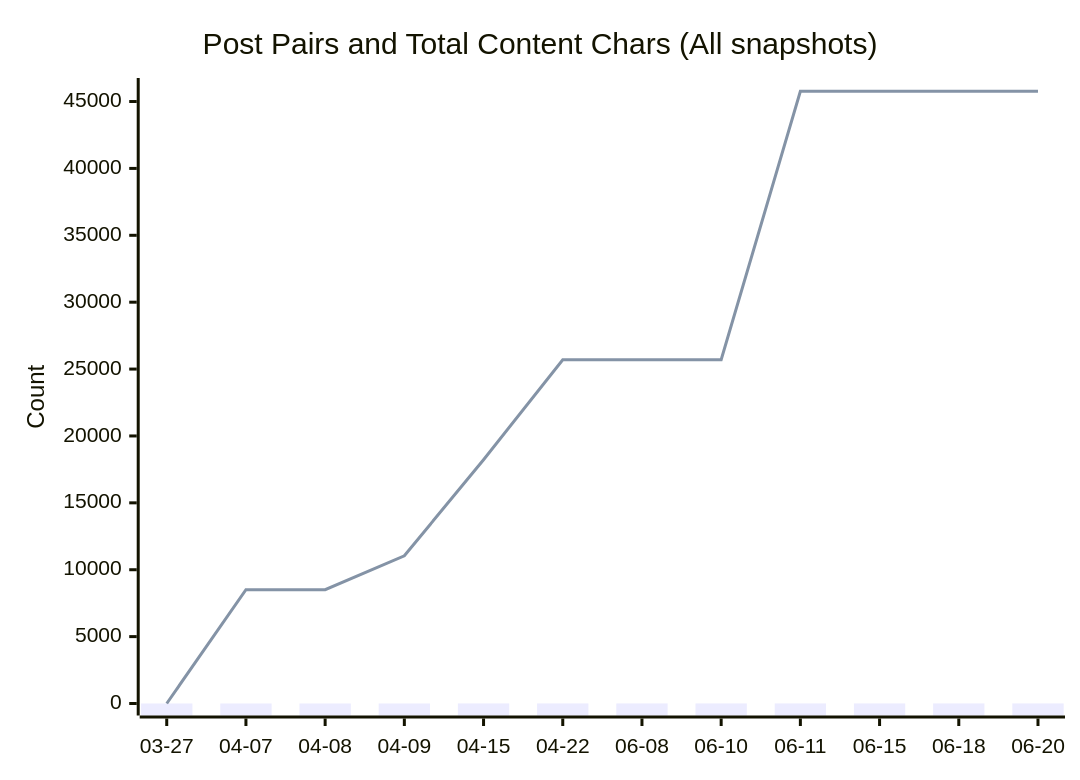
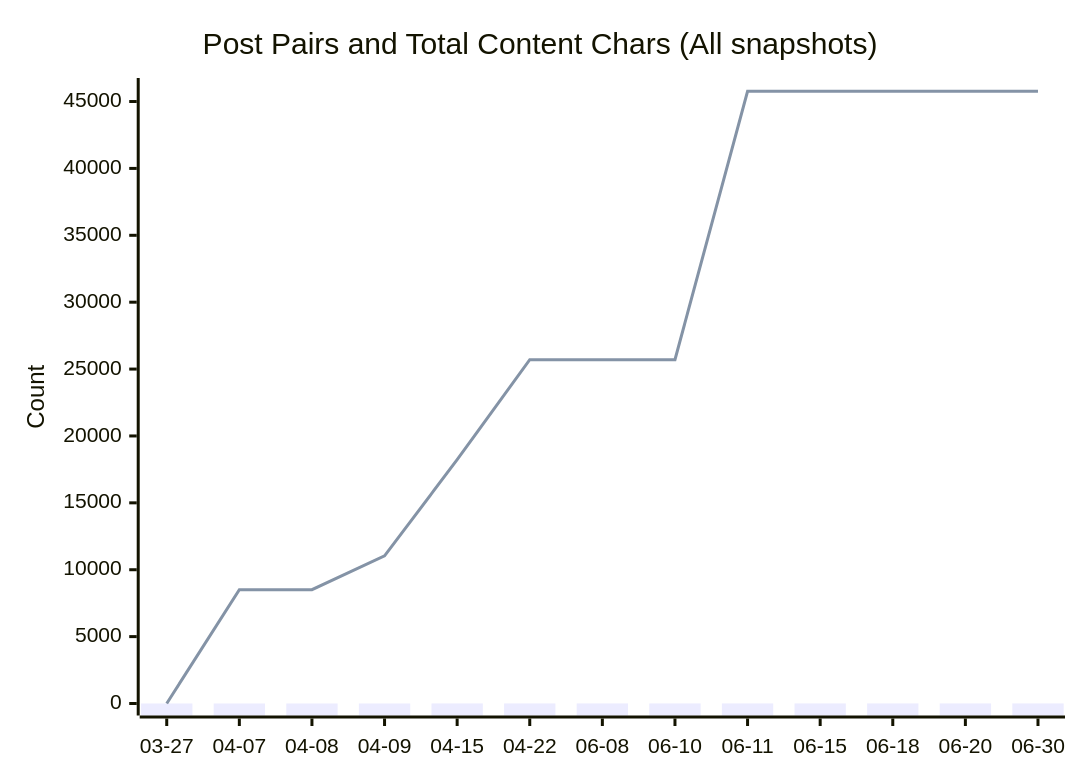
One commit to ttw225/blog changed the diagram in README.md. Above: the diagram before and after it, drawn with Mermaid. The commit also changed other lines of this file and 2 other files, not shown here.

Commit message:
auto: refresh blog stats

````diff
--- a/README.md
+++ b/README.md
@@ -25,8 +25,8 @@
 ```mermaid
 xychart-beta
   title "Post Pairs and Total Content Chars (All snapshots)"
-  x-axis ["03-27", "04-07", "04-08", "04-09", "04-15", "04-22", "06-08", "06-10", "06-11", "06-15", "06-18", "06-20"]
+  x-axis ["03-27", "04-07", "04-08", "04-09", "04-15", "04-22", "06-08", "06-10", "06-11", "06-15", "06-18", "06-20", "06-30"]
   y-axis "Count" 0 --> 45862
-  bar [0, 2, 2, 3, 4, 5, 5, 5, 7, 7, 7, 7]
-  line [0, 8506, 8506, 11042, 18224, 25700, 25700, 25700, 45762, 45762, 45762, 45762]
+  bar [0, 2, 2, 3, 4, 5, 5, 5, 7, 7, 7, 7, 7]
+  line [0, 8506, 8506, 11042, 18224, 25700, 25700, 25700, 45762, 45762, 45762, 45762, 45762]
 ```
````
